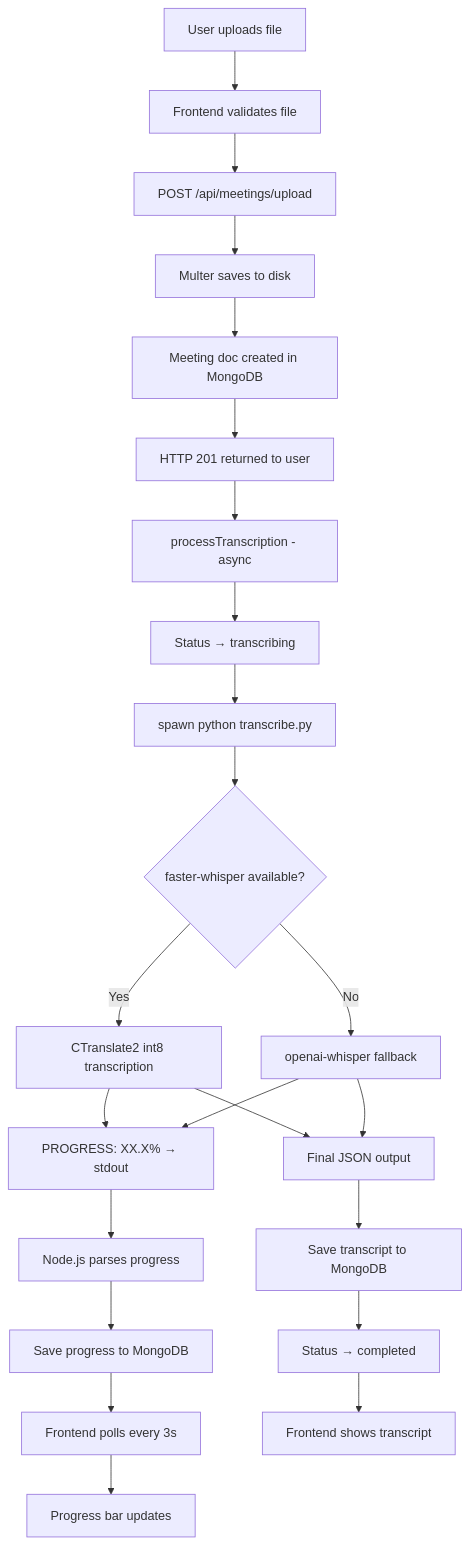
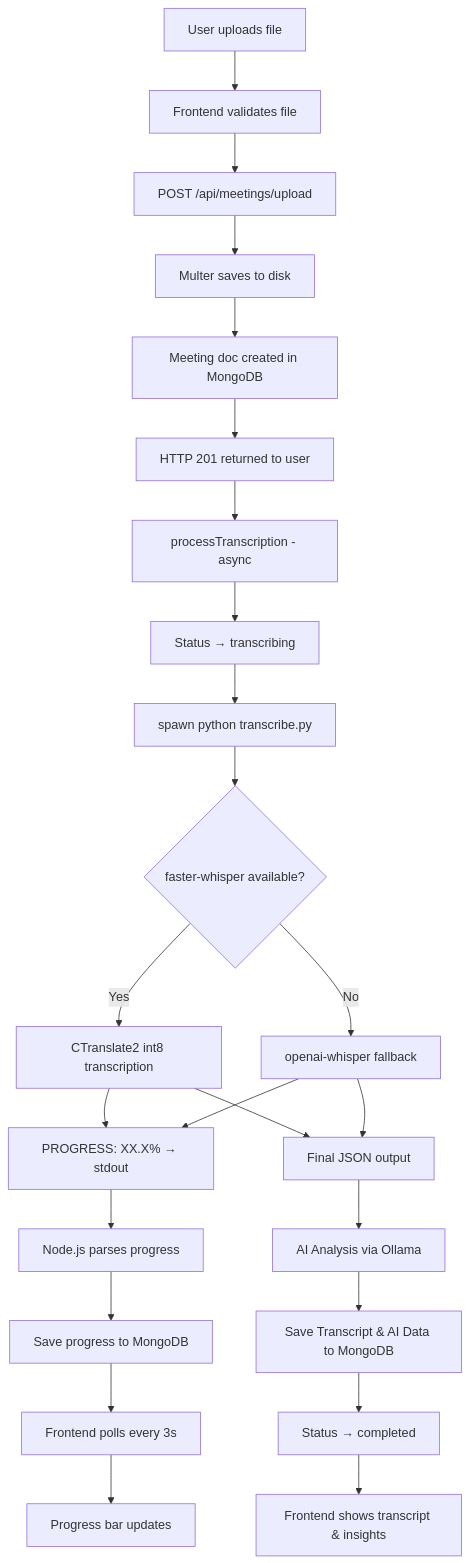
The diagram in PROJECT_IMPLEMENTATION_STATUS.md (sanjaynesan-05/MEETINGBUDDY), drawn with Mermaid before and after one commit. The commit also changed other lines of this file and 3 other files, not shown here.

````diff
--- a/PROJECT_IMPLEMENTATION_STATUS.md
+++ b/PROJECT_IMPLEMENTATION_STATUS.md
@@ -657,25 +664,26 @@
 ```mermaid
 flowchart TD
     A[User uploads file] --> B[Frontend validates file]
     B --> C[POST /api/meetings/upload]
     C --> D[Multer saves to disk]
     D --> E[Meeting doc created in MongoDB]
     E --> F[HTTP 201 returned to user]
     F --> G[processTranscription - async]
     G --> H[Status → transcribing]
     H --> I[spawn python transcribe.py]
     I --> J{faster-whisper available?}
     J -- Yes --> K[CTranslate2 int8 transcription]
     J -- No --> L[openai-whisper fallback]
     K --> M[PROGRESS: XX.X% → stdout]
     L --> M
     M --> N[Node.js parses progress]
     N --> O[Save progress to MongoDB]
     O --> P[Frontend polls every 3s]
     P --> Q[Progress bar updates]
     K --> R[Final JSON output]
     L --> R
-    R --> S[Save transcript to MongoDB]
-    S --> T[Status → completed]
-    T --> U[Frontend shows transcript]
+    R --> S[AI Analysis via Ollama]
+    S --> T[Save Transcript & AI Data to MongoDB]
+    T --> U[Status → completed]
+    U --> V[Frontend shows transcript & insights]
 ```
````
